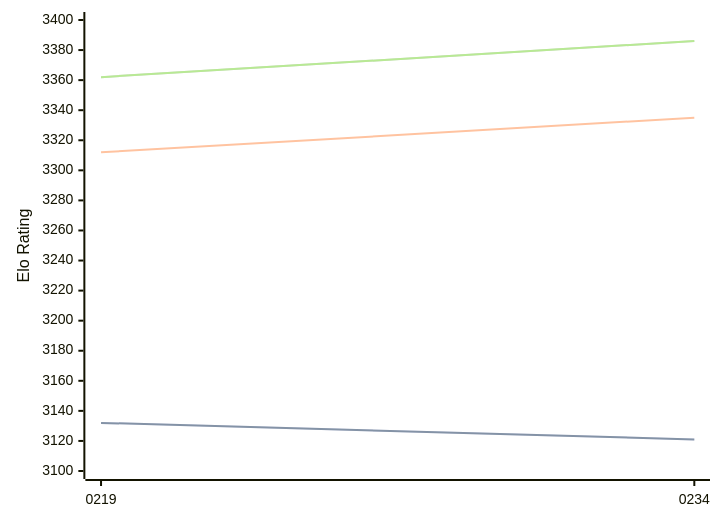
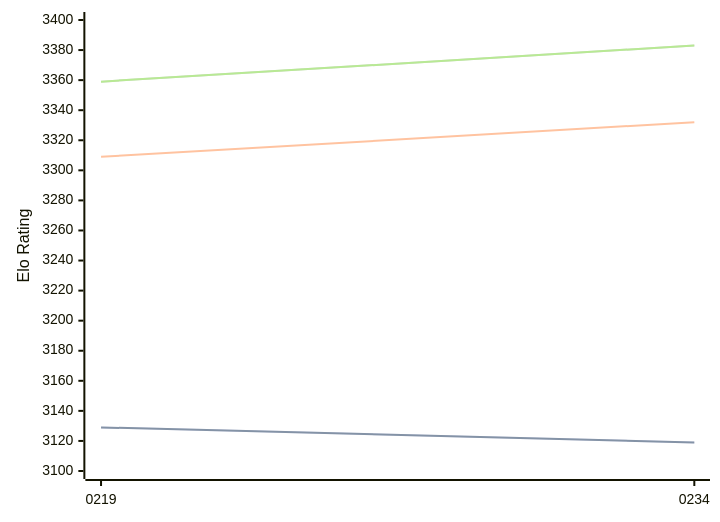
Before and after one commit to computer-chess-index/cci: the diagram in engines/Ynode.md, drawn with Mermaid. The commit also changed other lines of this file, not shown here.

Commit message:
Update CCI Ratings (ELO VLTC) - 2026-08-12

````diff
--- a/engines/Ynode.md
+++ b/engines/Ynode.md
@@ -32,11 +32,11 @@
 ```mermaid
 %%{init: {"theme":"base","themeVariables":{"seriesColors:['#a3a3a3','#222221','#faa371']}}}%%
 xychart-beta
   x-axis ["0219", "0234"]
   y-axis "Elo Rating" 3100 --> 3400
-  line "STC (8.0+0.08s)" [3132, 3121]
-  line "STC (8.0+0.08s)" [3132, 3121]
-  line "LTC (60.0+0.60s)" [3312, 3335]
-  line "VLTC (2m24s+1.12s)" [3362, 3386]
-  line "VLTC (2m24s+1.12s)" [3362, 3386]
+  line "STC (8.0+0.08s)" [3129, 3119]
+  line "STC (8.0+0.08s)" [3129, 3119]
+  line "LTC (60.0+0.60s)" [3309, 3332]
+  line "VLTC (2m24s+1.12s)" [3359, 3383]
+  line "VLTC (2m24s+1.12s)" [3359, 3383]
 ```
````
